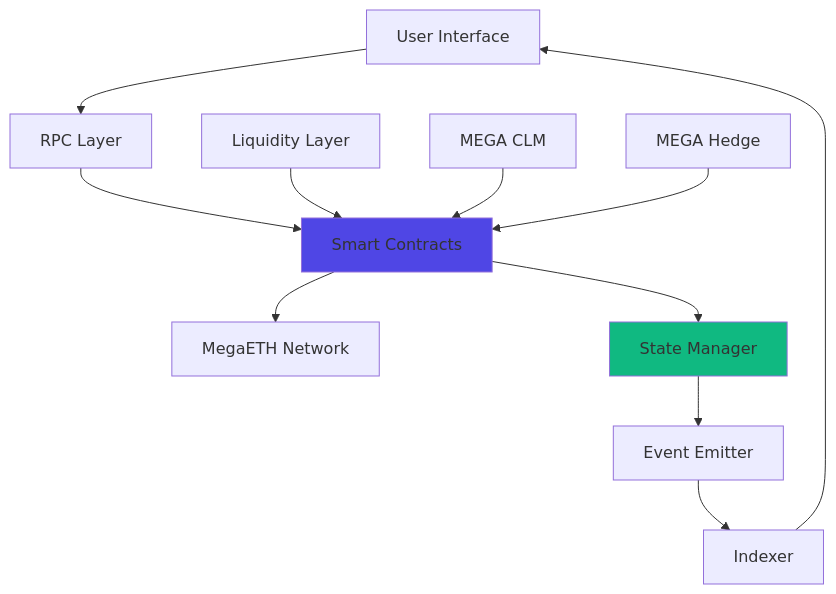
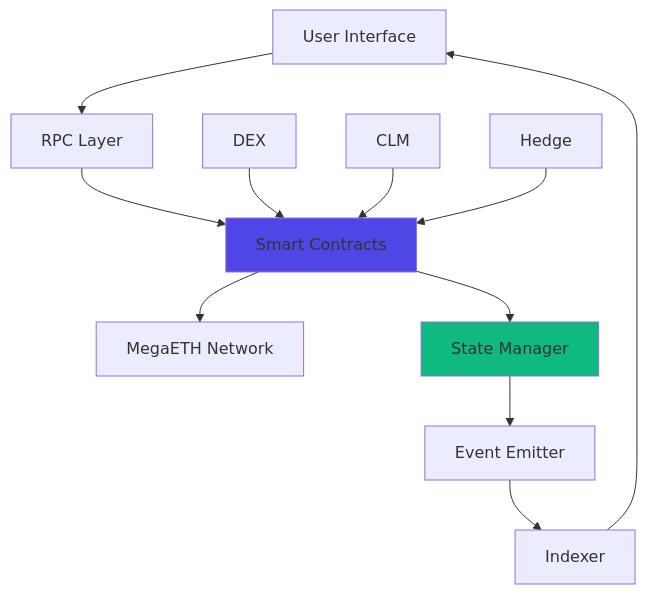
The diagram in docs/technical/architecture.md (Mega-Fi/megafi-docs), drawn with Mermaid before and after one commit. The commit also changed other lines of this file and 74 other files, not shown here.

````diff
--- a/docs/technical/architecture.md
+++ b/docs/technical/architecture.md
@@ -16,18 +16,18 @@
 ```mermaid
 graph TD
     A[User Interface] --> B[RPC Layer]
     B --> C[Smart Contracts]
     C --> D[MegaETH Network]
     
-    E[Liquidity Layer] --> C
-    F[MEGA CLM] --> C
-    G[MEGA Hedge] --> C
+    E[DEX] --> C
+    F[CLM] --> C
+    G[Hedge] --> C
     
     C --> H[State Manager]
     H --> I[Event Emitter]
     I --> J[Indexer]
     J --> A
     
     style C fill:#4F46E5
     style H fill:#10B981
 ```
````
